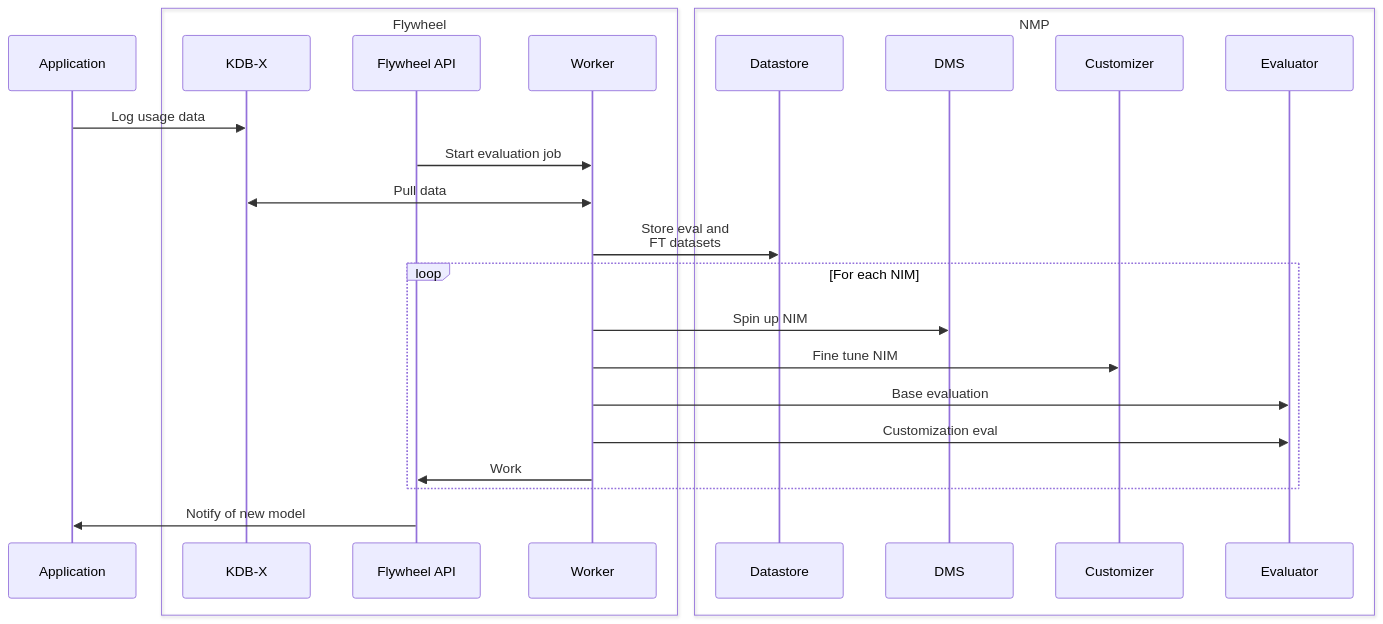
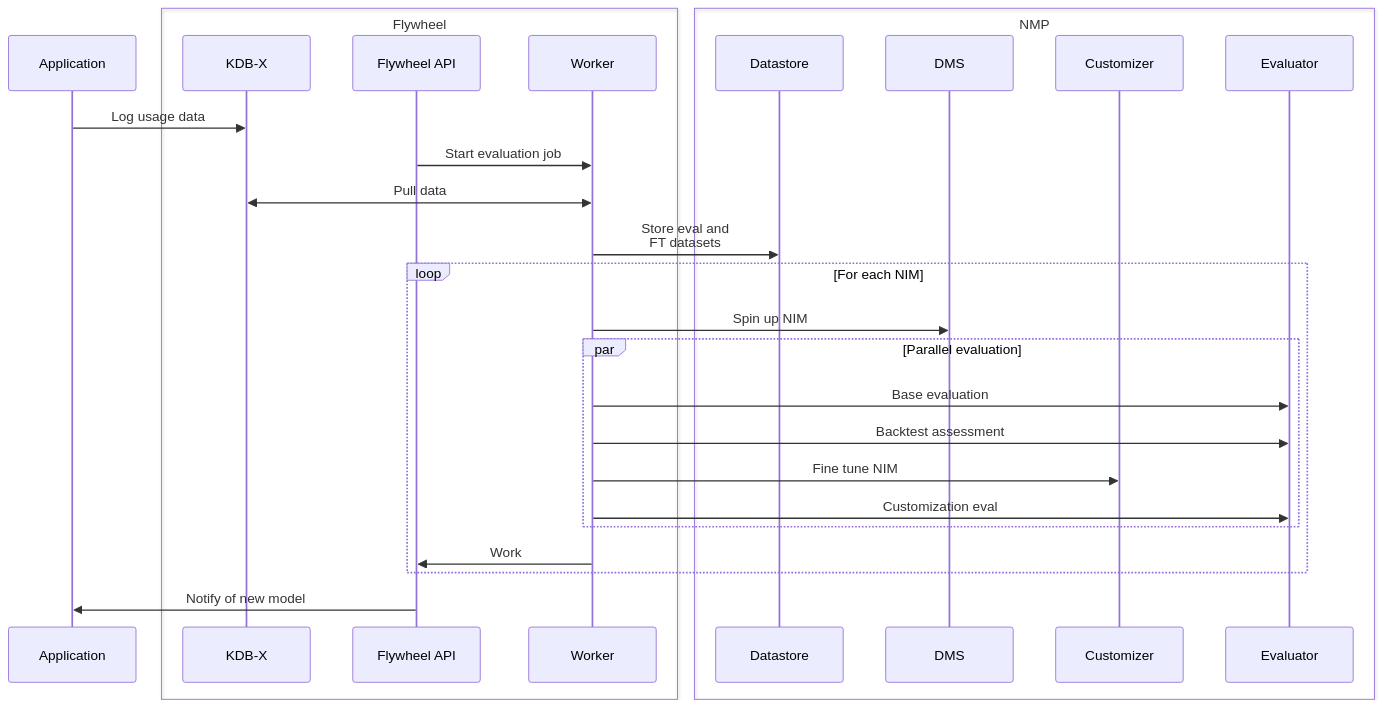
One commit to KxSystems/nvidia-kx-samples changed the first of 2 diagrams in ai-model-distillation-for-financial-data/docs/01-architecture.md. Above: the diagram before and after it, drawn with Mermaid. The commit also changed other lines of this file and 26 other files, not shown here.

````diff
--- a/ai-model-distillation-for-financial-data/docs/01-architecture.md
+++ b/ai-model-distillation-for-financial-data/docs/01-architecture.md
@@ -34,33 +34,36 @@
 ```mermaid
 sequenceDiagram
     participant App as Application
 
     box Flywheel
         participant KDBX as KDB-X
         participant API as Flywheel API
         participant Worker as Worker
     end
 
     box NMP
         participant datastore as Datastore
         participant dms as DMS
         participant customizer as Customizer
         participant eval as Evaluator
     end
 
     App->>KDBX: Log usage data
     API->>Worker: Start evaluation job
     Worker <<->> KDBX: Pull data
     Worker ->> datastore: Store eval and<br>FT datasets
 
     loop For each NIM
         Worker ->> dms: Spin up NIM
-        Worker ->> customizer: Fine tune NIM
 
-        Worker->> eval: Base evaluation
-        Worker->> eval: Customization eval
+        par Parallel evaluation
+            Worker->> eval: Base evaluation
+            Worker->> eval: Backtest assessment
+            Worker ->> customizer: Fine tune NIM
+            Worker->> eval: Customization eval
+        end
 
         Worker->>API: Work
     end
     API->>App: Notify of new model
 ```
````
